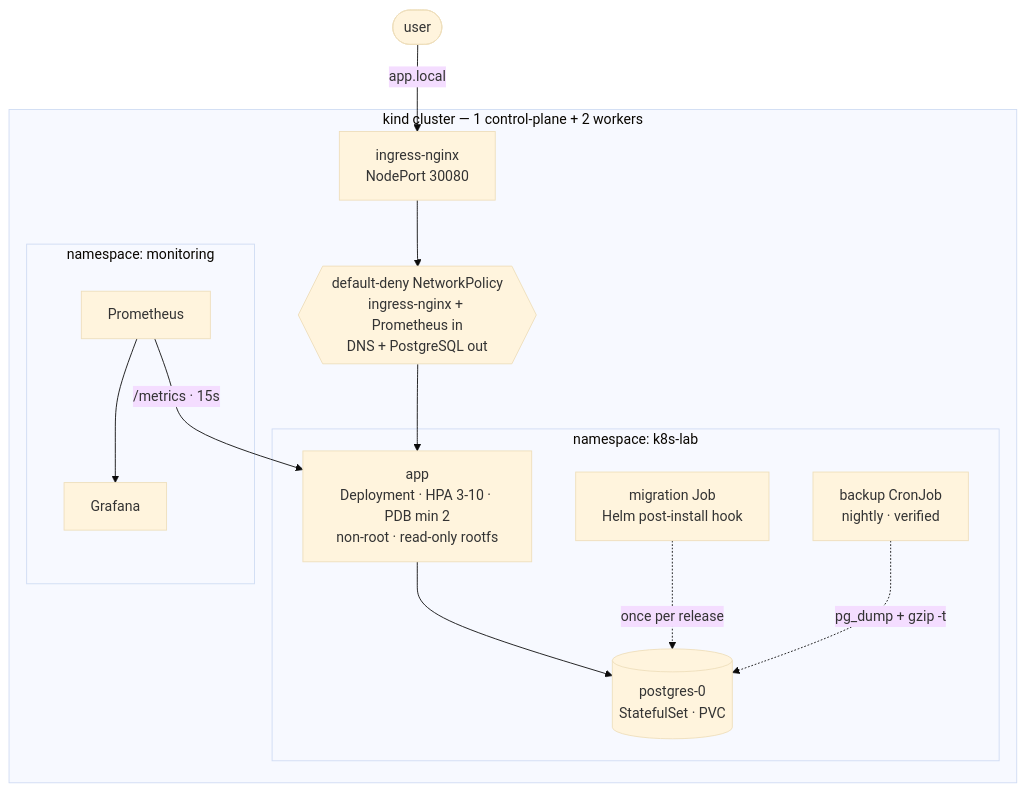
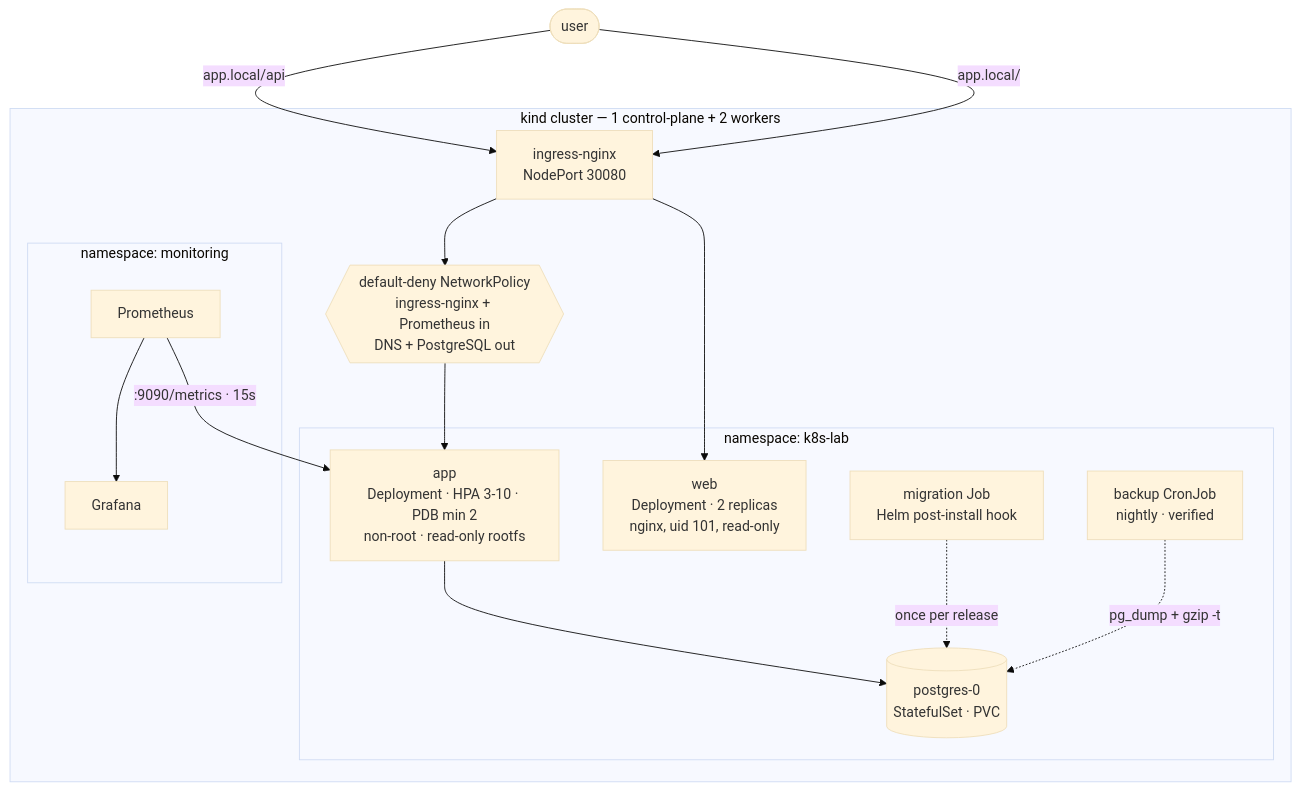
Before and after one commit to alpacino-0/k8s-lab: the diagram in README.md, drawn with Mermaid (base theme). The commit also changed other lines of this file and 38 other files, not shown here.

````diff
--- a/README.md
+++ b/README.md
@@ -27,29 +27,31 @@
 ```mermaid
 flowchart TB
     U([user])
 
     subgraph CL["kind cluster — 1 control-plane + 2 workers"]
         ING["ingress-nginx<br/>NodePort 30080"]
 
         subgraph NS["namespace: k8s-lab"]
+            WEB["web<br/>Deployment · 2 replicas<br/>nginx, uid 101, read-only"]
             APP["app<br/>Deployment · HPA 3-10 · PDB min 2<br/>non-root · read-only rootfs"]
             PG[("postgres-0<br/>StatefulSet · PVC")]
             MIG["migration Job<br/>Helm post-install hook"]
             BK["backup CronJob<br/>nightly · verified"]
         end
 
         subgraph MON["namespace: monitoring"]
             PROM["Prometheus"]
             GRAF["Grafana"]
         end
 
         NP{{"default-deny NetworkPolicy<br/>ingress-nginx + Prometheus in<br/>DNS + PostgreSQL out"}}
     end
 
-    U -->|"app.local"| ING --> NP --> APP
+    U -->|"app.local/"| ING --> WEB
+    U -->|"app.local/api"| ING --> NP --> APP
     APP --> PG
     MIG -.->|once per release| PG
     BK -.->|pg_dump + gzip -t| PG
-    PROM -->|"/metrics · 15s"| APP
+    PROM -->|":9090/metrics · 15s"| APP
     PROM --> GRAF
 ```
````
